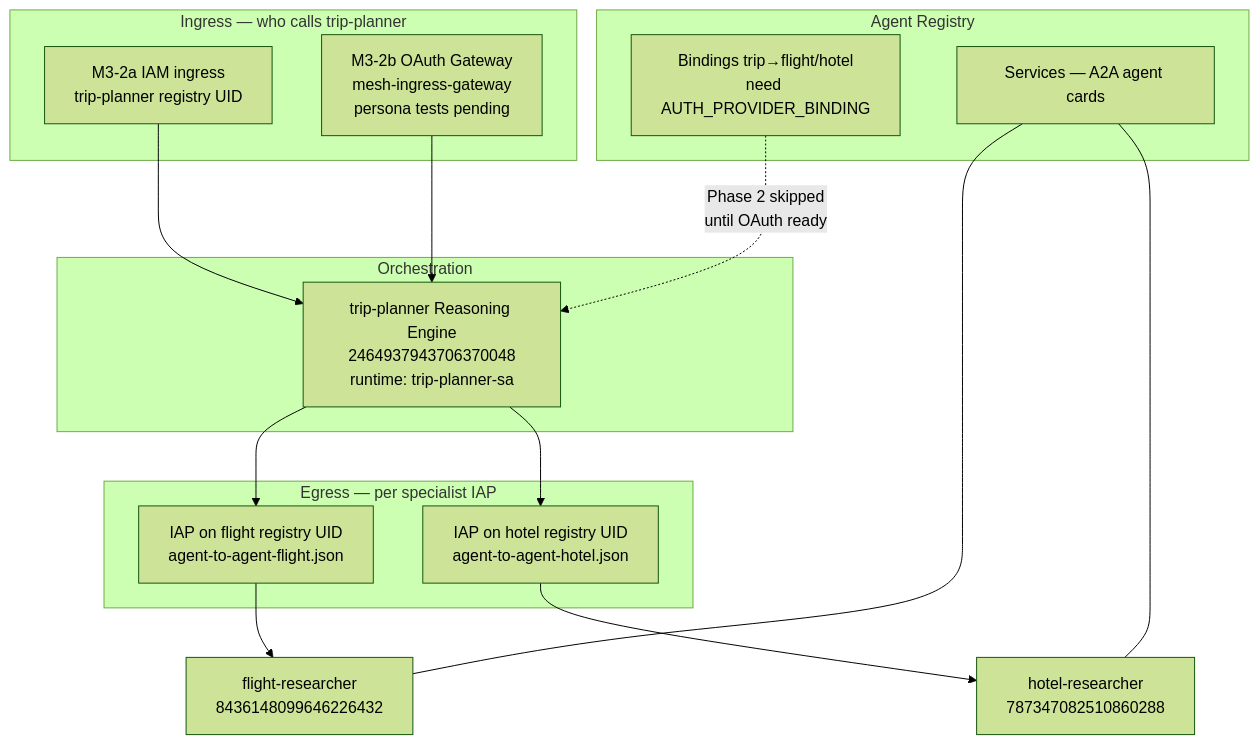
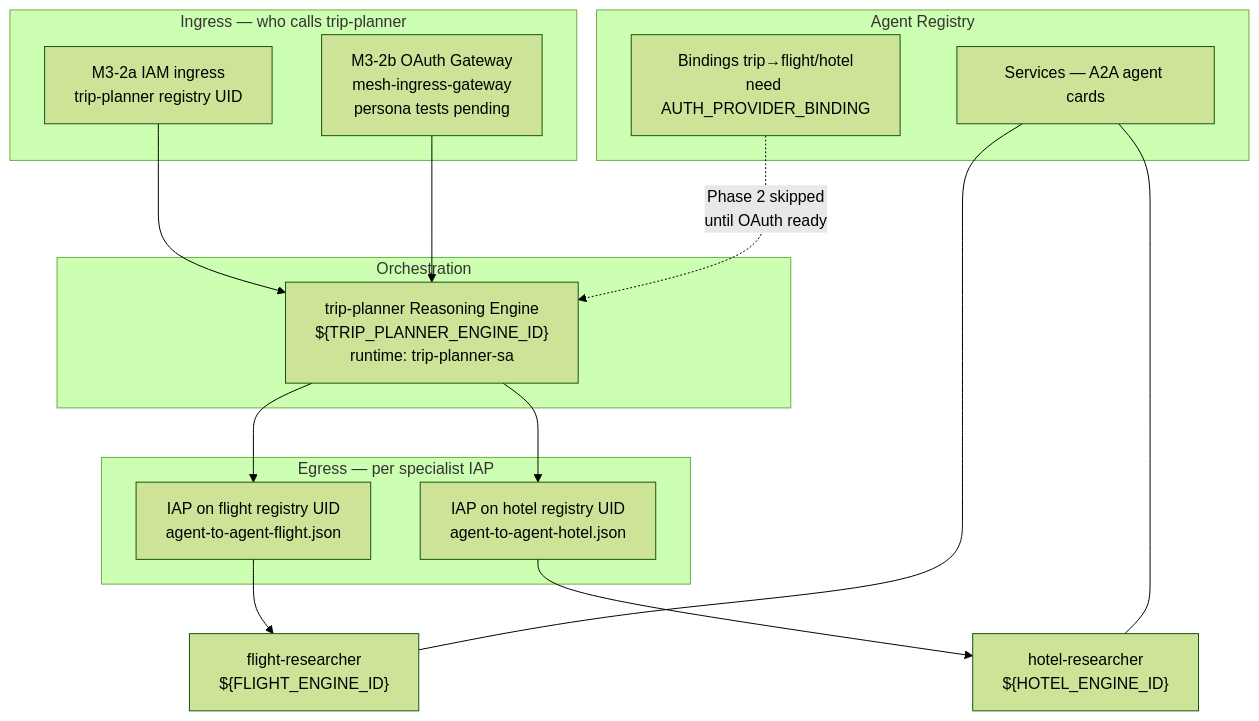
One commit to yu-iskw/agent-cli-demo changed the first of 5 diagrams in docs/guides/04-mesh-governance.md. Above: the diagram before and after it, drawn with Mermaid (forest theme). The commit also changed other lines of this file and 43 other files, not shown here.

````diff
--- a/docs/guides/04-mesh-governance.md
+++ b/docs/guides/04-mesh-governance.md
@@ -47,29 +47,29 @@
 ```mermaid
 flowchart TB
   subgraph Ingress["Ingress — who calls trip-planner"]
     IAM["M3-2a IAM ingress<br/>trip-planner registry UID"]
     OAuth["M3-2b OAuth Gateway<br/>mesh-ingress-gateway<br/>persona tests pending"]
   end
 
   subgraph Orchestration["Orchestration"]
-    TP["trip-planner Reasoning Engine<br/>2464937943706370048<br/>runtime: trip-planner-sa"]
+    TP["trip-planner Reasoning Engine<br/>${TRIP_PLANNER_ENGINE_ID}<br/>runtime: trip-planner-sa"]
   end
 
   subgraph Egress["Egress — per specialist IAP"]
     IAPF["IAP on flight registry UID<br/>agent-to-agent-flight.json"]
     IAPH["IAP on hotel registry UID<br/>agent-to-agent-hotel.json"]
   end
 
   subgraph Registry["Agent Registry"]
     SVC["Services — A2A agent cards"]
     BIND["Bindings trip→flight/hotel<br/>need AUTH_PROVIDER_BINDING"]
   end
 
   IAM --> TP
   OAuth --> TP
-  TP --> IAPF --> FR["flight-researcher<br/>8436148099646226432"]
-  TP --> IAPH --> HR["hotel-researcher<br/>787347082510860288"]
+  TP --> IAPF --> FR["flight-researcher<br/>${FLIGHT_ENGINE_ID}"]
+  TP --> IAPH --> HR["hotel-researcher<br/>${HOTEL_ENGINE_ID}"]
   SVC --- FR
   SVC --- HR
   BIND -.->|"Phase 2 skipped<br/>until OAuth ready"| TP
 ```
````
